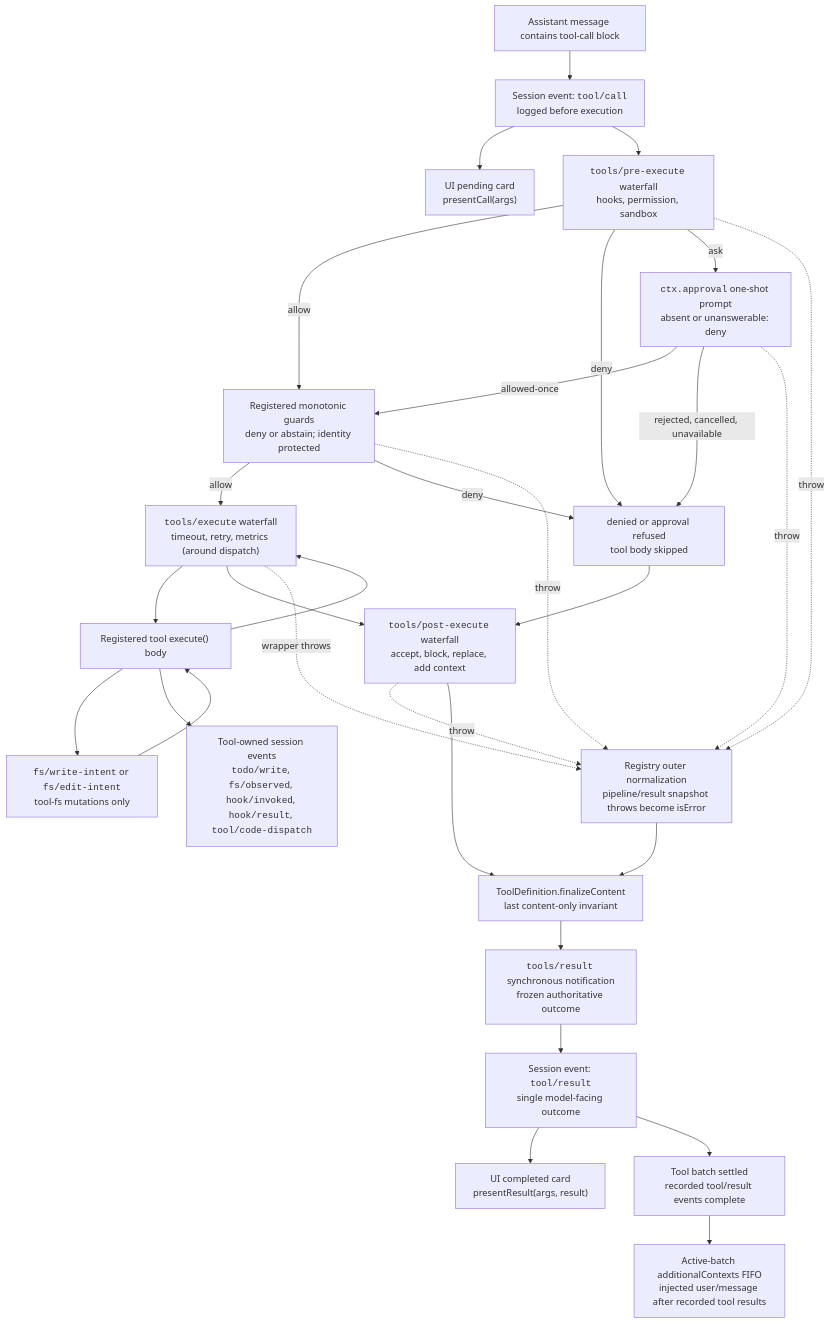
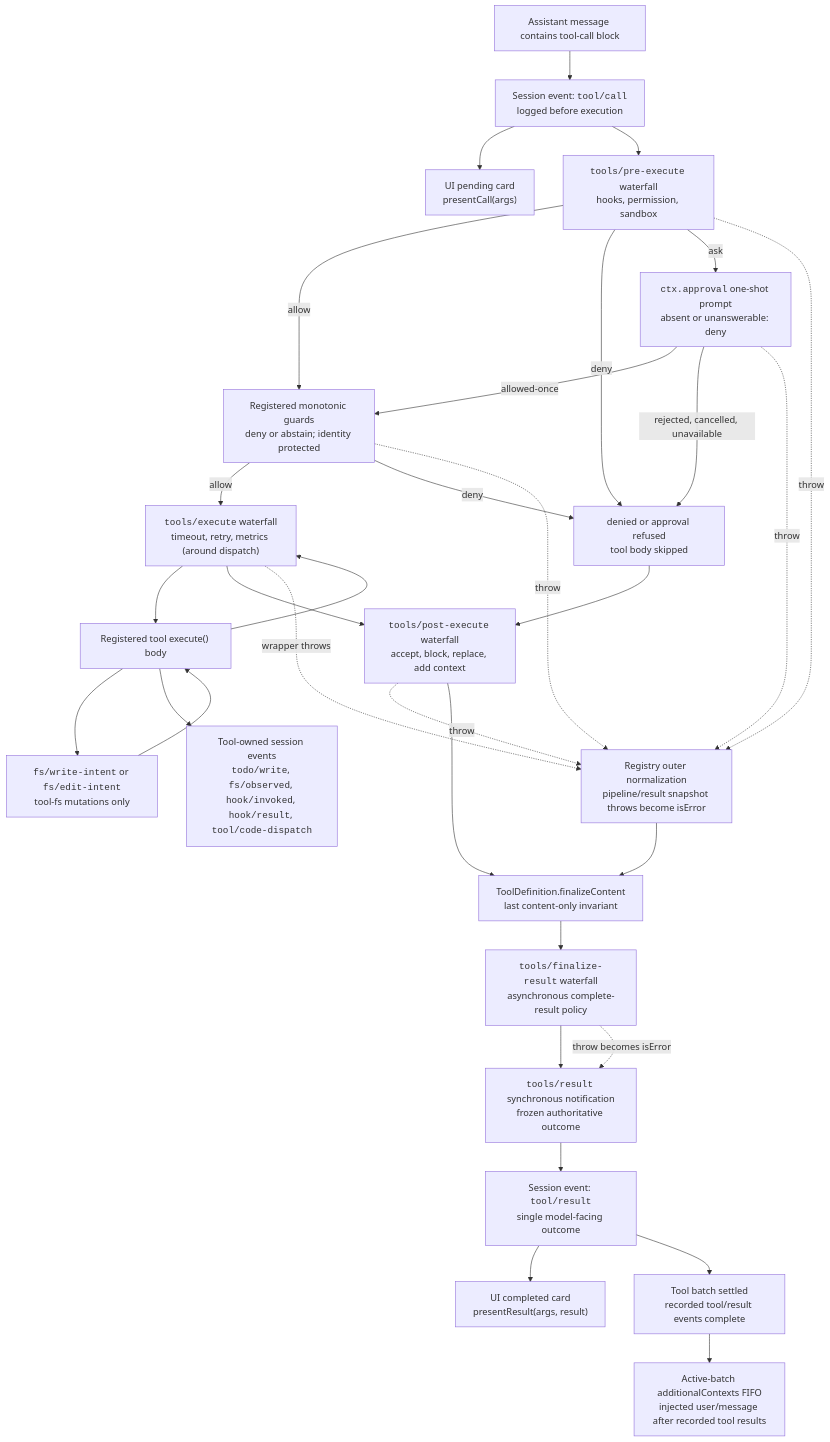
Before and after one commit to KeepLost/harniverse: the diagram in docs/tool-execution-pipeline.md, drawn with Mermaid. The commit also changed other lines of this file and 128 other files, not shown here.

````diff
--- a/docs/tool-execution-pipeline.md
+++ b/docs/tool-execution-pipeline.md
@@ -8,51 +8,54 @@
 ```mermaid
 flowchart TD
   model["Assistant message contains tool-call block"]
   toolCall["Session event: <code>tool/call</code><br/>logged before execution"]
   presentCall["UI pending card<br/>presentCall(args)"]
   pre["<code>tools/pre-execute</code> waterfall<br/>hooks, permission, sandbox"]
   guards["Registered monotonic guards<br/>deny or abstain; identity protected"]
   denied["denied or approval refused<br/>tool body skipped"]
   approval["<code>ctx.approval</code> one-shot prompt<br/>absent or unanswerable: deny"]
   around["<code>tools/execute</code> waterfall<br/>timeout, retry, metrics (around dispatch)"]
   toolBody["Registered tool execute() body"]
   fsGate["<code>fs/write-intent</code> or <code>fs/edit-intent</code><br/>tool-fs mutations only"]
   owned["Tool-owned session events<br/><code>todo/write</code>, <code>fs/observed</code>, <code>hook/invoked</code>, <code>hook/result</code>, <code>tool/code-dispatch</code>"]
   post["<code>tools/post-execute</code> waterfall<br/>accept, block, replace, add context"]
   normalized["Registry outer normalization<br/>pipeline/result snapshot throws become isError"]
   finalize["ToolDefinition.finalizeContent<br/>last content-only invariant"]
+  finalPolicy["<code>tools/finalize-result</code> waterfall<br/>asynchronous complete-result policy"]
   final["<code>tools/result</code> synchronous notification<br/>frozen authoritative outcome"]
   context["Active-batch additionalContexts FIFO<br/>injected user/message after recorded tool results"]
   toolResult["Session event: <code>tool/result</code><br/>single model-facing outcome"]
   allResults["Tool batch settled<br/>recorded tool/result events complete"]
   presentResult["UI completed card<br/>presentResult(args, result)"]
   model --> toolCall
   toolCall --> presentCall
   toolCall --> pre
   pre -->|allow| guards
   guards -->|allow| around
   guards -->|deny| denied
   guards -.->|throw| normalized
   around --> toolBody
   pre -->|deny| denied
   pre -->|ask| approval
   approval -->|allowed-once| guards
   approval -->|rejected, cancelled, unavailable| denied
   approval -.->|throw| normalized
   denied --> post
   pre -.->|throw| normalized
   toolBody --> fsGate
   fsGate --> toolBody
   toolBody --> owned
   toolBody --> around
   around --> post
   around -.->|wrapper throws| normalized
   post -.->|throw| normalized
   post --> finalize
   normalized --> finalize
-  finalize --> final
+  finalize --> finalPolicy
+  finalPolicy --> final
+  finalPolicy -.->|throw becomes isError| final
   final --> toolResult
   toolResult --> presentResult
   toolResult --> allResults
   allResults --> context
 ```
````
